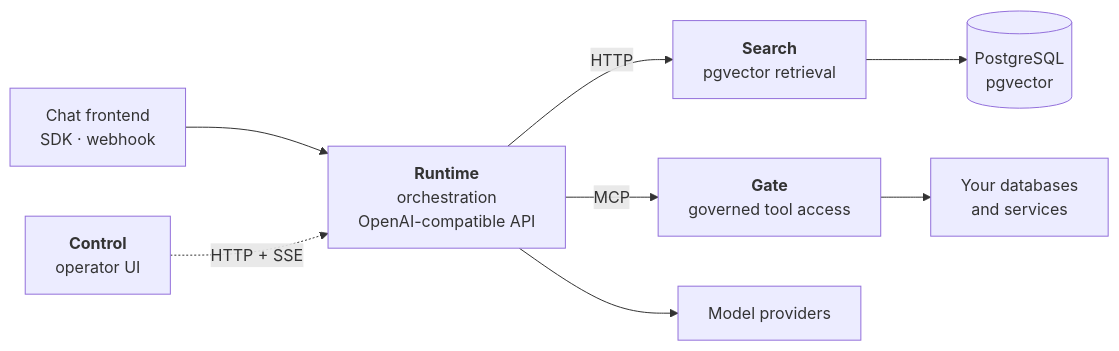
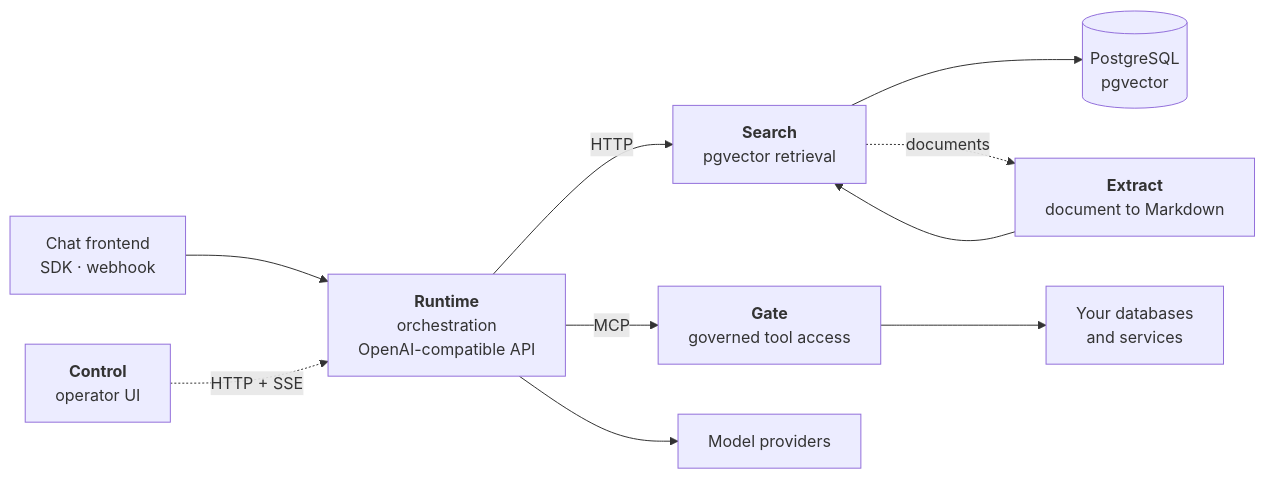
One commit to Abillify/atf changed the diagram in README.md. Above: the diagram before and after it, drawn with Mermaid. The commit also changed other lines of this file and 128 other files, not shown here.

````diff
--- a/README.md
+++ b/README.md
@@ -94,11 +94,13 @@
 ```mermaid
 flowchart LR
     client["Chat frontend<br/>SDK · webhook"] --> runtime
     control["<b>Control</b><br/>operator UI"] -.->|HTTP + SSE| runtime
     runtime["<b>Runtime</b><br/>orchestration<br/>OpenAI-compatible API"]
     runtime -->|HTTP| search["<b>Search</b><br/>pgvector retrieval"]
     runtime -->|MCP| gate["<b>Gate</b><br/>governed tool access"]
     runtime --> models["Model providers"]
     gate --> systems["Your databases<br/>and services"]
     search --> pg[("PostgreSQL<br/>pgvector")]
+    search -.->|documents| extract["<b>Extract</b><br/>document to Markdown"]
+    extract --> search
 ```
````
